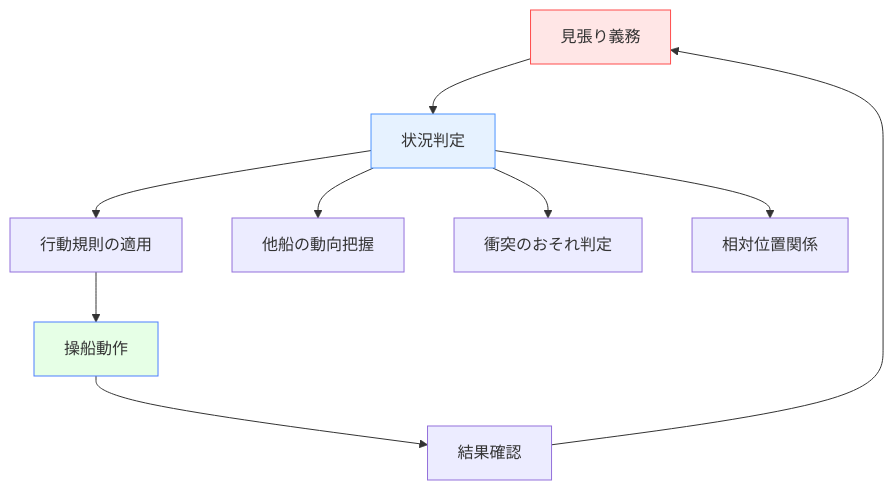
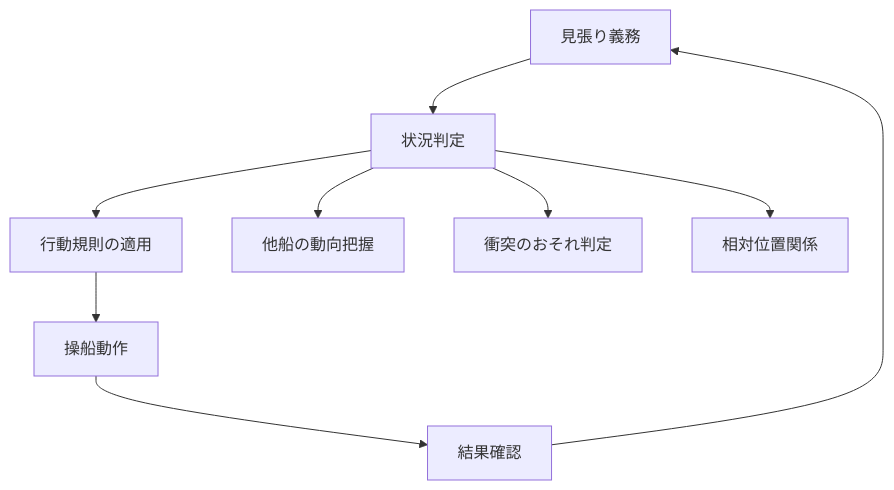
The fifth of 6 diagrams in docs/applications/maritime-sa.md (shuji-bonji/Situational-Awareness-and-Decision-Making), drawn with Mermaid before and after one commit. The commit also changed other lines of this file and 49 other files, not shown here.

Commit message:
fix: ダークモードで見づらい図の色の変更

````diff
--- a/docs/applications/maritime-sa.md
+++ b/docs/applications/maritime-sa.md
@@ -383,16 +383,16 @@
 ```mermaid
 graph TD
     A[見張り義務] --> B[状況判定]
     B --> C[行動規則の適用]
     C --> D[操船動作]
     D --> E[結果確認]
     E --> A
     
     B --> F[他船の動向把握]
     B --> G[衝突のおそれ判定]
     B --> H[相対位置関係]
     
-    style A fill:#ffe6e6,stroke:#ff4d4d
-    style B fill:#e6f2ff,stroke:#4d94ff
-    style D fill:#e6ffe6,stroke:#4d7fff
+
+
+
 ```
````
